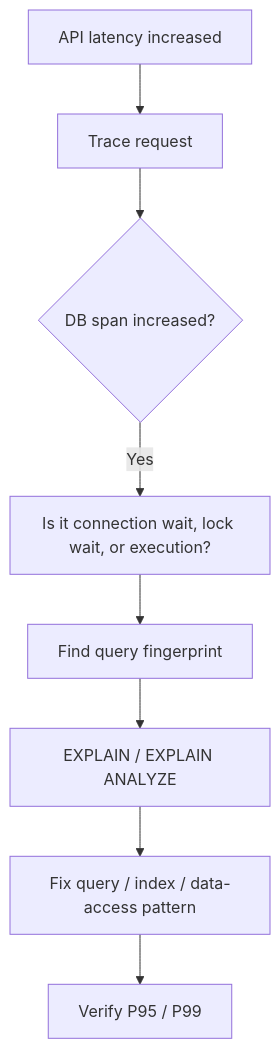
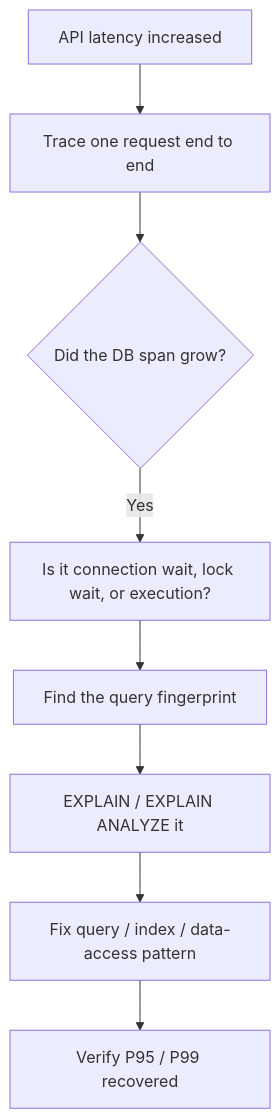
One commit to pankajThakur1874/studysheet changed the second of 29 diagrams in files/08-edge-cases/Tier-1-Production-Failures.md. Above: the diagram before and after it, drawn with Mermaid. The commit also changed other lines of this file and 5 other files, not shown here.

````diff
--- a/files/08-edge-cases/Tier-1-Production-Failures.md
+++ b/files/08-edge-cases/Tier-1-Production-Failures.md
@@ -103,10 +110,10 @@
 ```mermaid
 flowchart TD
-    A["API latency increased"] --> B["Trace request"]
-    B --> C{"DB span increased?"}
+    A["API latency increased"] --> B["Trace one request end to end"]
+    B --> C{"Did the DB span grow?"}
     C -->|Yes| D["Is it connection wait, lock wait, or execution?"]
-    D --> E["Find query fingerprint"]
-    E --> F["EXPLAIN / EXPLAIN ANALYZE"]
+    D --> E["Find the query fingerprint"]
+    E --> F["EXPLAIN / EXPLAIN ANALYZE it"]
     F --> G["Fix query / index / data-access pattern"]
-    G --> H["Verify P95 / P99"]
+    G --> H["Verify P95 / P99 recovered"]
 ```
````
